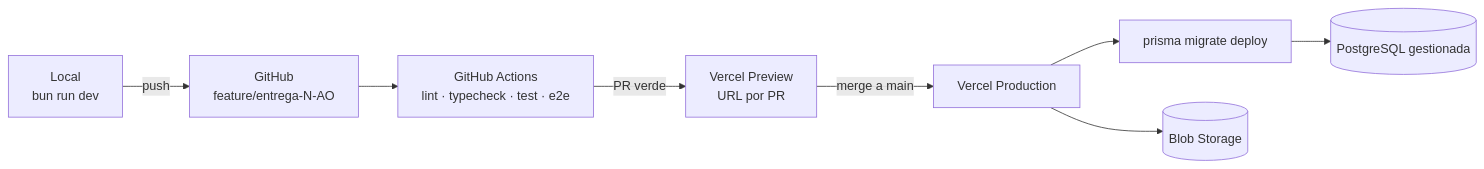
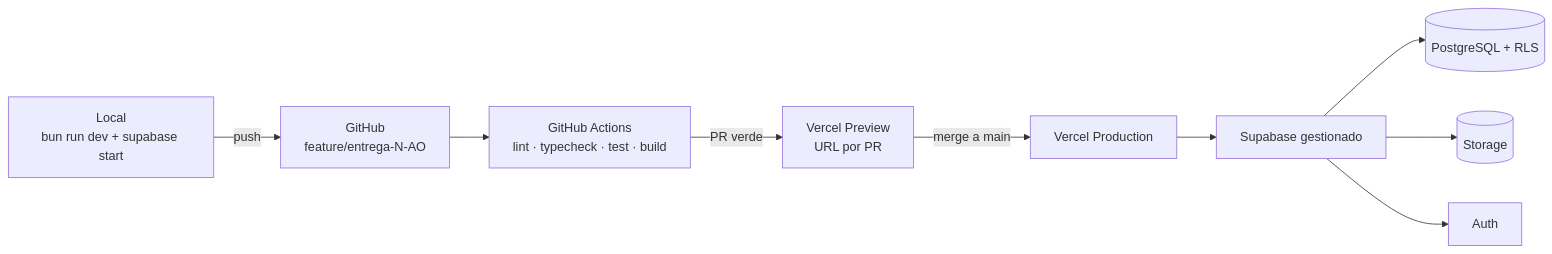
Before and after one commit to lk321/AI4Devs-finalproject: the second of 3 diagrams in readme.md, drawn with Mermaid. The commit also changed other lines of this file and 1 other file, not shown here.

Commit message:
docs: update tech docs for supabase stack

````diff
--- a/readme.md
+++ b/readme.md
@@ -342,10 +374,11 @@
 ```mermaid
 flowchart LR
-    Dev["Local<br/>bun run dev"] -- push --> GH["GitHub<br/>feature/entrega-N-AO"]
-    GH --> CI["GitHub Actions<br/>lint · typecheck · test · e2e"]
+    Dev["Local<br/>bun run dev + supabase start"] -- push --> GH["GitHub<br/>feature/entrega-N-AO"]
+    GH --> CI["GitHub Actions<br/>lint · typecheck · test · build"]
     CI -- "PR verde" --> Prev["Vercel Preview<br/>URL por PR"]
     Prev -- "merge a main" --> Prod["Vercel Production"]
-    Prod --> Mig["prisma migrate deploy"]
-    Mig --> PG[("PostgreSQL gestionada")]
-    Prod --> Blob[("Blob Storage")]
+    Prod --> SB["Supabase gestionado"]
+    SB --> PG[("PostgreSQL + RLS")]
+    SB --> ST[("Storage")]
+    SB --> AU["Auth"]
 ```
````
